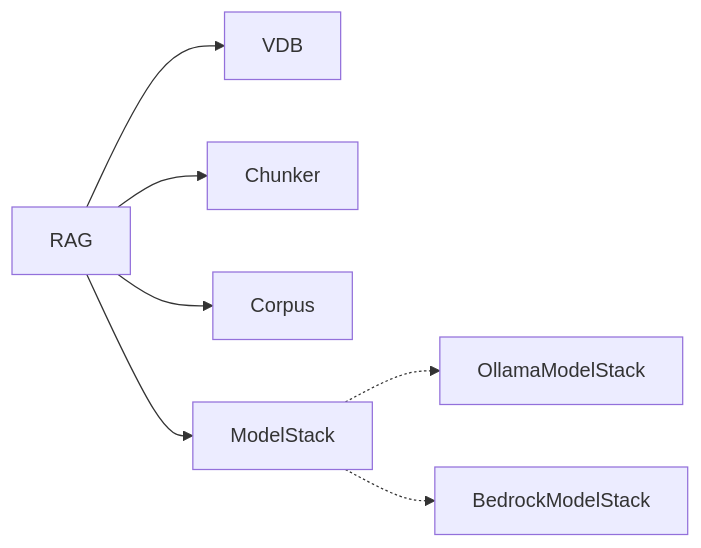
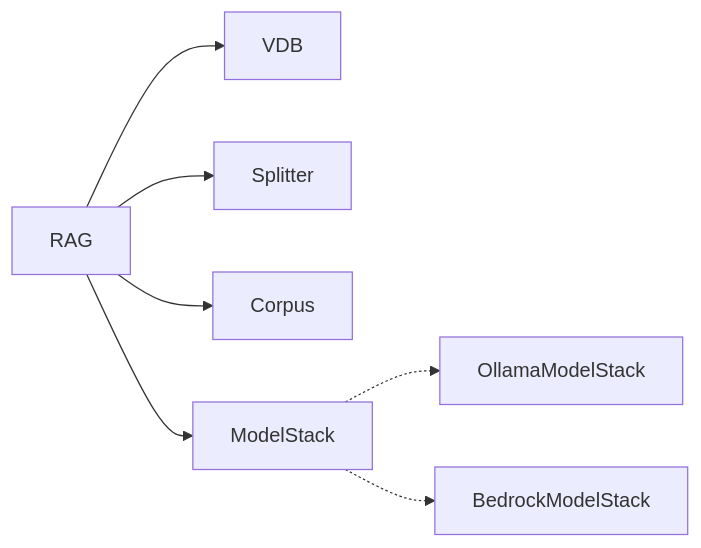
The diagram in lib/notes.md (robertscotthoward/python-ollama-example), drawn with Mermaid before and after one commit. The commit also changed 16 other files, not shown here.

````diff
--- a/lib/notes.md
+++ b/lib/notes.md
@@ -4,9 +4,9 @@
 ```mermaid
 graph LR
 RAG --> VDB
-RAG --> Chunker
+RAG --> Splitter
 RAG --> Corpus
 RAG --> ModelStack
 ModelStack -.-> OllamaModelStack
 ModelStack -.-> BedrockModelStack
 ```
````
